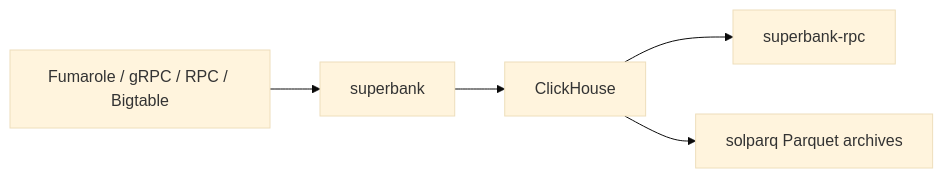
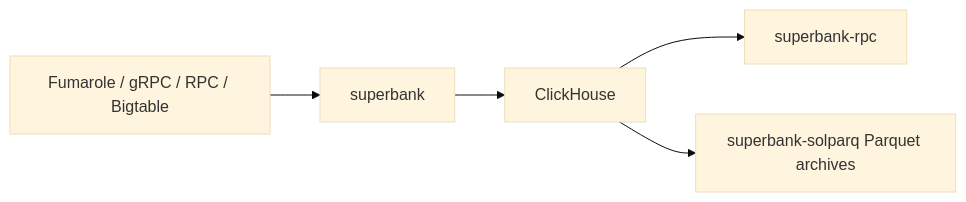
The diagram in README.md (solana-rpc/superbank), drawn with Mermaid (base theme) before and after one commit. The commit also changed other lines of this file and 35 other files, not shown here.

Commit message:
Rename solparq to superbank-solparq

````diff
--- a/README.md
+++ b/README.md
@@ -37,7 +37,7 @@
 ```mermaid
 flowchart LR
   Source[Fumarole / gRPC / RPC / Bigtable] --> Ingest[superbank]
   Ingest --> CH[ClickHouse]
   CH --> RPC[superbank-rpc]
-  CH --> Archive[solparq Parquet archives]
+  CH --> Archive[superbank-solparq Parquet archives]
 ```
````
